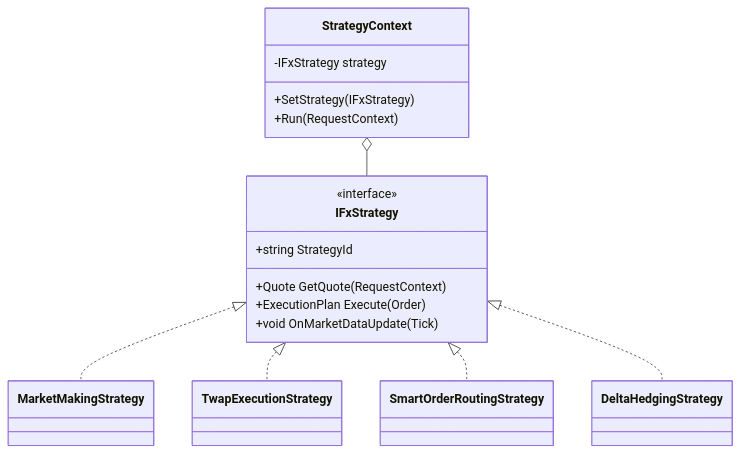
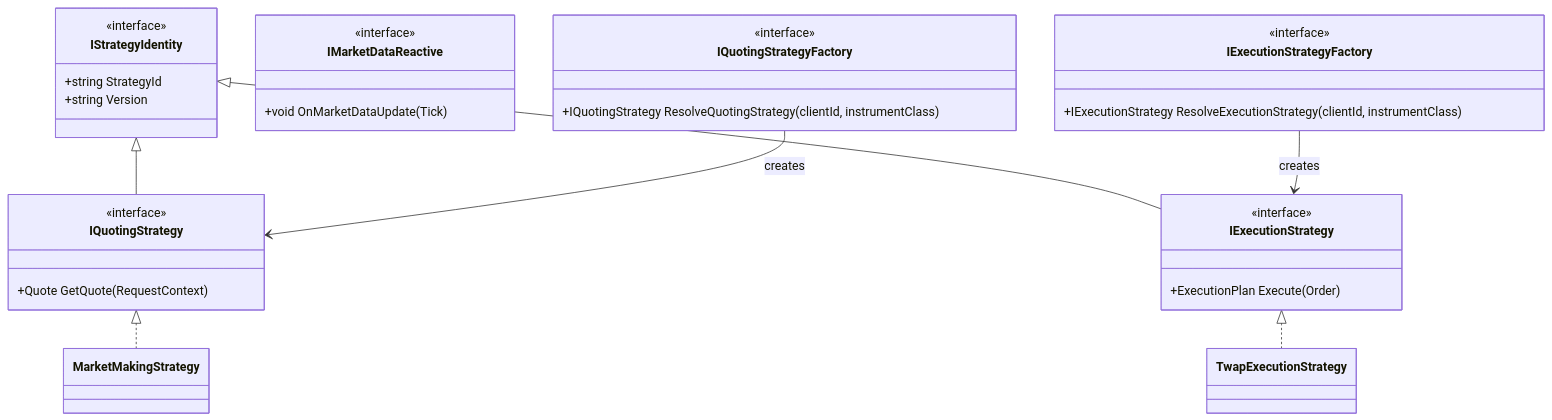
One commit to Terrence721/BEX changed the first of 4 diagrams in docs/fx-strategy-engine-design.md. Above: the diagram before and after it, drawn with Mermaid. The commit also changed other lines of this file, not shown here.

Commit message:
Fix drift: update design doc's strategy pattern section to match implementation (#78)

````diff
--- a/docs/fx-strategy-engine-design.md
+++ b/docs/fx-strategy-engine-design.md
@@ -43,24 +43,36 @@
 ```mermaid
 classDiagram
-  class IFxStrategy {
+  class IStrategyIdentity {
     <<interface>>
     +string StrategyId
+    +string Version
+  }
+  class IQuotingStrategy {
+    <<interface>>
     +Quote GetQuote(RequestContext)
+  }
+  class IExecutionStrategy {
+    <<interface>>
     +ExecutionPlan Execute(Order)
+  }
+  class IMarketDataReactive {
+    <<interface>>
     +void OnMarketDataUpdate(Tick)
-  }
-  class StrategyContext {
-    -IFxStrategy strategy
-    +SetStrategy(IFxStrategy)
-    +Run(RequestContext)
   }
   class MarketMakingStrategy
   class TwapExecutionStrategy
-  class SmartOrderRoutingStrategy
-  class DeltaHedgingStrategy
-  IFxStrategy <|.. MarketMakingStrategy
-  IFxStrategy <|.. TwapExecutionStrategy
-  IFxStrategy <|.. SmartOrderRoutingStrategy
-  IFxStrategy <|.. DeltaHedgingStrategy
-  StrategyContext o-- IFxStrategy
+  IStrategyIdentity <|-- IQuotingStrategy
+  IStrategyIdentity <|-- IExecutionStrategy
+  IQuotingStrategy <|.. MarketMakingStrategy
+  IExecutionStrategy <|.. TwapExecutionStrategy
+  class IQuotingStrategyFactory {
+    <<interface>>
+    +IQuotingStrategy ResolveQuotingStrategy(clientId, instrumentClass)
+  }
+  class IExecutionStrategyFactory {
+    <<interface>>
+    +IExecutionStrategy ResolveExecutionStrategy(clientId, instrumentClass)
+  }
+  IQuotingStrategyFactory --> IQuotingStrategy : creates
+  IExecutionStrategyFactory --> IExecutionStrategy : creates
 ```
````
